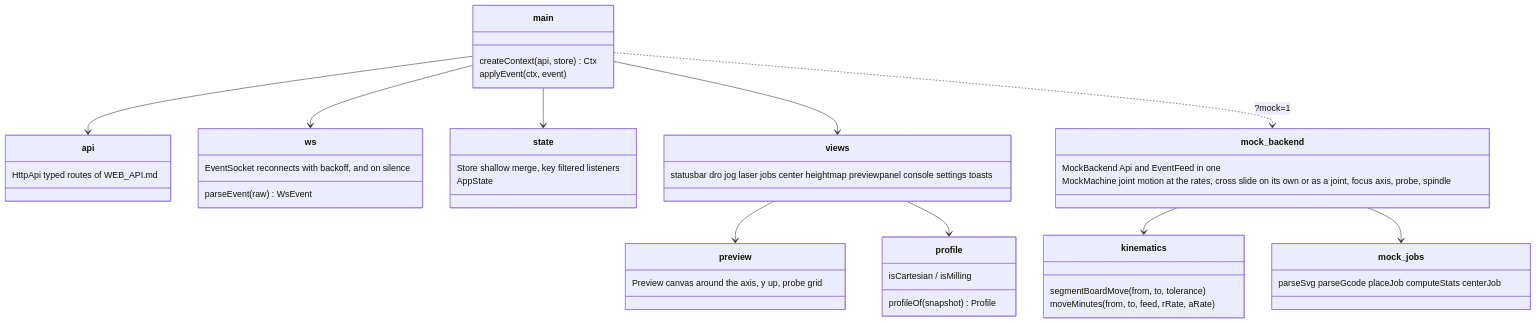
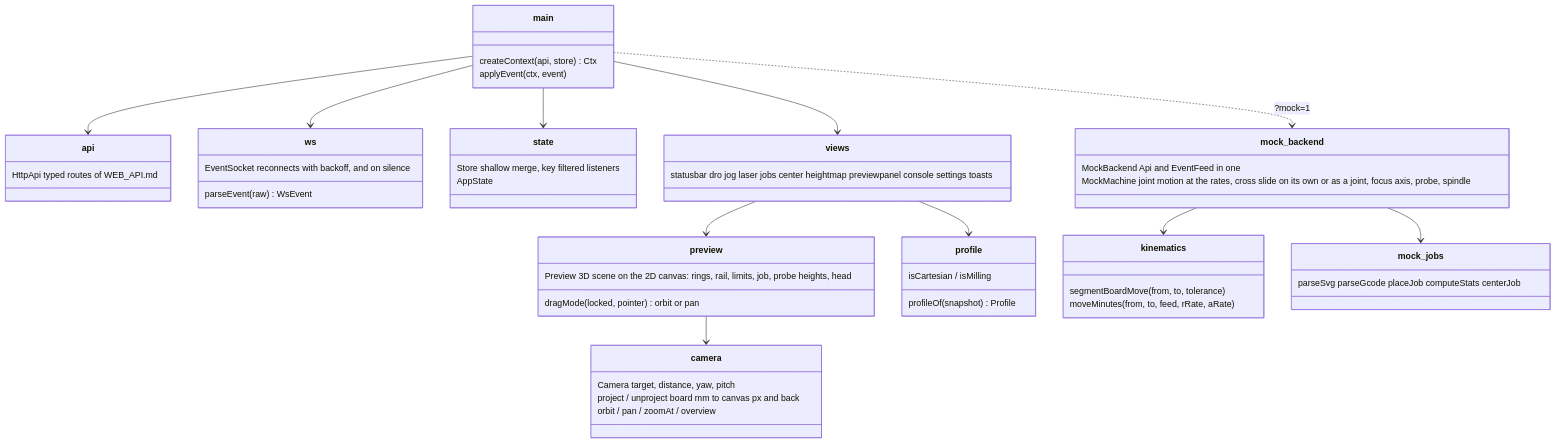
The diagram in web/frontend/README.md (tmpk13/spinny-cnc), drawn with Mermaid before and after one commit. The commit also changed other lines of this file and 6 other files, not shown here.

First line of the commit message:
Draw the preview in 3D with a rotation lock and a reset to the overview

````diff
--- a/web/frontend/README.md
+++ b/web/frontend/README.md
@@ -65,48 +73,55 @@
 ```mermaid
 classDiagram
     class main {
         createContext(api, store) Ctx
         applyEvent(ctx, event)
     }
     class api {
         HttpApi  typed routes of WEB_API.md
     }
     class ws {
         EventSocket  reconnects with backoff, and on silence
         parseEvent(raw) WsEvent
     }
     class state {
         Store  shallow merge, key filtered listeners
         AppState
     }
     class views {
         statusbar dro jog laser jobs center heightmap previewpanel console settings toasts
     }
     class preview {
-        Preview  canvas around the axis, y up, probe grid
+        Preview  3D scene on the 2D canvas: rings, rail, limits, job, probe heights, head
+        dragMode(locked, pointer) orbit or pan
+    }
+    class camera {
+        Camera target, distance, yaw, pitch
+        project / unproject  board mm to canvas px and back
+        orbit / pan / zoomAt / overview
     }
     class profile {
         profileOf(snapshot) Profile
         isCartesian / isMilling
     }
     class kinematics {
         segmentBoardMove(from, to, tolerance)
         moveMinutes(from, to, feed, rRate, aRate)
     }
     class mock_backend {
         MockBackend  Api and EventFeed in one
         MockMachine  joint motion at the rates, cross slide on its own or as a joint, focus axis, probe, spindle
     }
     class mock_jobs {
         parseSvg parseGcode placeJob computeStats centerJob
     }
     main --> api
     main --> ws
     main --> state
     main --> views
     views --> preview
+    preview --> camera
     views --> profile
     mock_backend --> kinematics
     mock_backend --> mock_jobs
     main ..> mock_backend : ?mock=1
 ```
````
